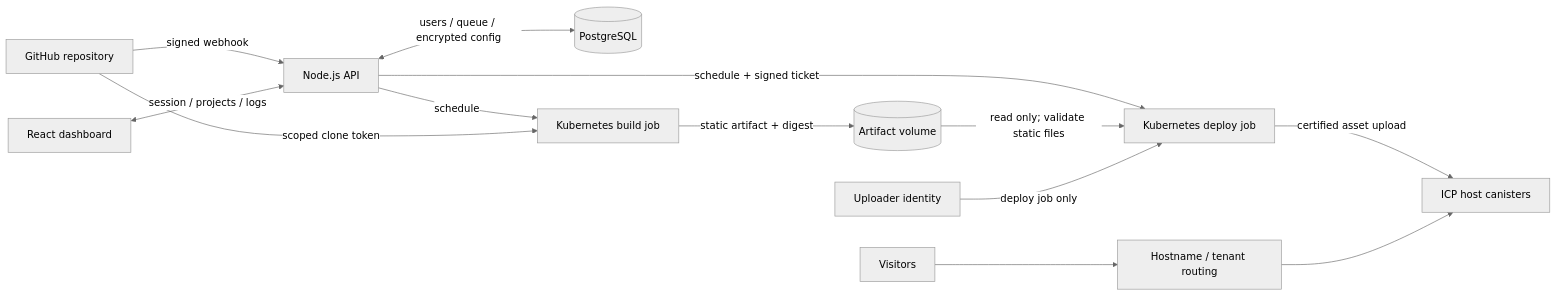
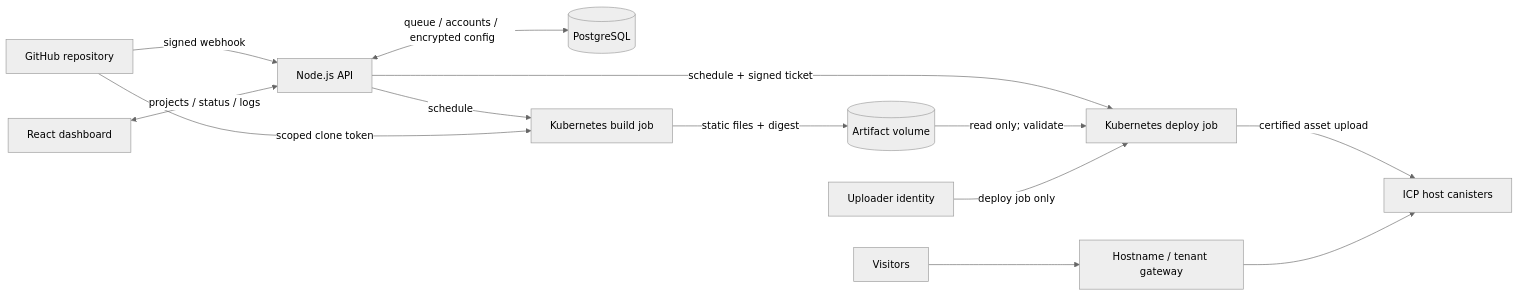
The diagram in README.md (BorisStoyanv/A3), drawn with Mermaid (neutral theme) before and after one commit. The commit also changed other lines of this file and 8 other files, not shown here.

Commit message:
docs: showcase A3 with real dashboard captures and a read-only demo

````diff
--- a/README.md
+++ b/README.md
@@ -44,15 +76,15 @@
 ```mermaid
 flowchart LR
     GitHub[GitHub repository] -->|signed webhook| API[Node.js API]
-    UI[React dashboard] <-->|session / projects / logs| API
-    API <-->|users / queue / encrypted config| DB[(PostgreSQL)]
+    UI[React dashboard] <-->|projects / status / logs| API
+    API <-->|queue / accounts / encrypted config| DB[(PostgreSQL)]
     API -->|schedule| Build[Kubernetes build job]
     GitHub -->|scoped clone token| Build
-    Build -->|static artifact + digest| Storage[(Artifact volume)]
+    Build -->|static files + digest| Artifact[(Artifact volume)]
     API -->|schedule + signed ticket| Deploy[Kubernetes deploy job]
-    Storage -->|read only; validate static files| Deploy
+    Artifact -->|read only; validate| Deploy
     Identity[Uploader identity] -->|deploy job only| Deploy
     Deploy -->|certified asset upload| ICP[ICP host canisters]
-    Visitors[Visitors] --> Routing[Hostname / tenant routing]
+    Visitors[Visitors] --> Routing[Hostname / tenant gateway]
     Routing --> ICP
 ```
````
